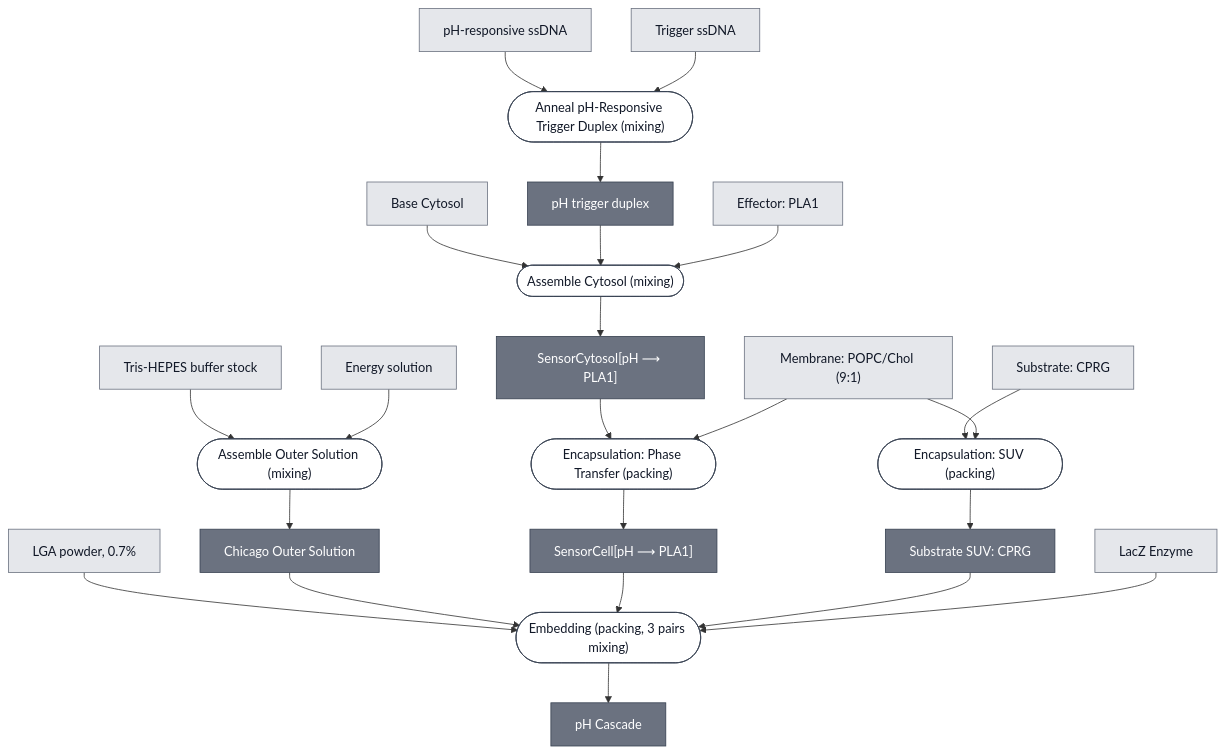
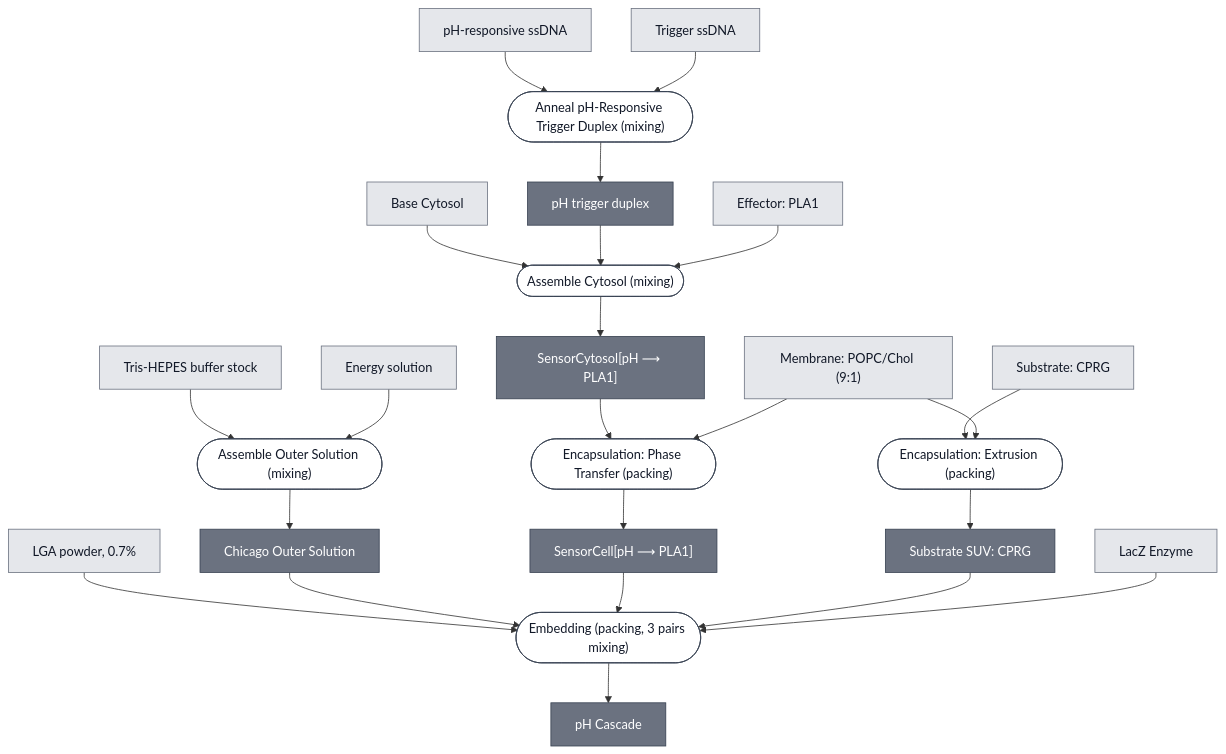
Before and after one commit to nucleus-eng/nucleus-docs: the diagram in docs/modules/ph-cascade/spec.md, drawn with Mermaid. The commit also changed other lines of this file and 50 other files, not shown here.

````diff
--- a/docs/modules/ph-cascade/spec.md
+++ b/docs/modules/ph-cascade/spec.md
@@ -35,81 +35,81 @@
 ```mermaid
 flowchart TD
     BASE_CYTOSOL["Base Cytosol"]
     PH_RESPONSIVE_SSDNA["pH-responsive ssDNA"]
     TRIGGER_SSDNA["Trigger ssDNA"]
     EFFECTOR_PLA1["Effector: PLA1"]
     MEMBRANE_CHICAGO["Membrane: POPC/Chol (9:1)"]
     SUBSTRATE_CPRG["Substrate: CPRG"]
     REPORTER_LACZ_ENZYME["LacZ Enzyme"]
     LGA_POWDER["LGA powder, 0.7%"]
     TRIS_HEPES_STOCK["Tris-HEPES buffer stock"]
     ENERGY_SOLUTION["Energy solution"]
 
     P1_ASSEMBLE_OUTER_SOLUTION_0(["Assemble Outer Solution (mixing)"])
     OUTER_SOLUTION_CHICAGO["Chicago Outer Solution"]
     P2_ANNEAL_TRIGGER_DUPLEX_0(["Anneal pH-Responsive Trigger Duplex (mixing)"])
     PH_TRIGGER_DUPLEX["pH trigger duplex"]
     P3_ASSEMBLE_CYTOSOL_0(["Assemble Cytosol (mixing)"])
     PH_SENSOR_CYTOSOL["SensorCytosol[pH ⟶ PLA1]"]
     P4_ENCAPSULATE_0(["Encapsulation: Phase Transfer (packing)"])
     PH_SENSING_CELL["SensorCell[pH ⟶ PLA1]"]
-    P5_ENCAPSULATE_SUBSTRATE_SUV_0(["Encapsulation: SUV (packing)"])
+    P5_ENCAPSULATE_SUBSTRATE_SUV_0(["Encapsulation: Extrusion (packing)"])
     SUBSTRATE_CPRG_SUV["Substrate SUV: CPRG"]
     P6_EMBED_AGAROSE_0(["Embedding (packing, 3 pairs mixing)"])
     PH_CASCADE["pH Cascade"]
 
     TRIS_HEPES_STOCK --> P1_ASSEMBLE_OUTER_SOLUTION_0
     ENERGY_SOLUTION --> P1_ASSEMBLE_OUTER_SOLUTION_0
     P1_ASSEMBLE_OUTER_SOLUTION_0 --> OUTER_SOLUTION_CHICAGO
 
     PH_RESPONSIVE_SSDNA --> P2_ANNEAL_TRIGGER_DUPLEX_0
     TRIGGER_SSDNA --> P2_ANNEAL_TRIGGER_DUPLEX_0
     P2_ANNEAL_TRIGGER_DUPLEX_0 --> PH_TRIGGER_DUPLEX
 
     BASE_CYTOSOL --> P3_ASSEMBLE_CYTOSOL_0
     PH_TRIGGER_DUPLEX --> P3_ASSEMBLE_CYTOSOL_0
     EFFECTOR_PLA1 --> P3_ASSEMBLE_CYTOSOL_0
     P3_ASSEMBLE_CYTOSOL_0 --> PH_SENSOR_CYTOSOL
 
     PH_SENSOR_CYTOSOL --> P4_ENCAPSULATE_0
     MEMBRANE_CHICAGO --> P4_ENCAPSULATE_0
     P4_ENCAPSULATE_0 --> PH_SENSING_CELL
 
     SUBSTRATE_CPRG --> P5_ENCAPSULATE_SUBSTRATE_SUV_0
     MEMBRANE_CHICAGO --> P5_ENCAPSULATE_SUBSTRATE_SUV_0
     P5_ENCAPSULATE_SUBSTRATE_SUV_0 --> SUBSTRATE_CPRG_SUV
 
     LGA_POWDER --> P6_EMBED_AGAROSE_0
     OUTER_SOLUTION_CHICAGO --> P6_EMBED_AGAROSE_0
     PH_SENSING_CELL --> P6_EMBED_AGAROSE_0
     SUBSTRATE_CPRG_SUV --> P6_EMBED_AGAROSE_0
     REPORTER_LACZ_ENZYME --> P6_EMBED_AGAROSE_0
     P6_EMBED_AGAROSE_0 --> PH_CASCADE
 
 
     classDef leaf     fill:#e5e7eb,stroke:#6b7280,color:#111827;
     classDef composed fill:#6b7280,stroke:#374151,color:#ffffff;
     classDef process  fill:#ffffff,stroke:#374151,color:#111827;
     class BASE_CYTOSOL,PH_RESPONSIVE_SSDNA,TRIGGER_SSDNA,EFFECTOR_PLA1,MEMBRANE_CHICAGO,SUBSTRATE_CPRG,REPORTER_LACZ_ENZYME,LGA_POWDER,TRIS_HEPES_STOCK,ENERGY_SOLUTION leaf;
     class OUTER_SOLUTION_CHICAGO,PH_TRIGGER_DUPLEX,PH_SENSOR_CYTOSOL,PH_SENSING_CELL,SUBSTRATE_CPRG_SUV,PH_CASCADE composed;
     class P1_ASSEMBLE_OUTER_SOLUTION_0,P2_ANNEAL_TRIGGER_DUPLEX_0,P3_ASSEMBLE_CYTOSOL_0,P4_ENCAPSULATE_0,P5_ENCAPSULATE_SUBSTRATE_SUV_0,P6_EMBED_AGAROSE_0 process;
 
     click BASE_CYTOSOL "/docs/modules/base-cytosol/spec"
     click EFFECTOR_PLA1 "/docs/modules/effector-pla1/spec"
     click MEMBRANE_CHICAGO "/docs/modules/membrane-popc-chol-chicago/spec"
     click SUBSTRATE_CPRG "/docs/modules/substrate-cprg/spec"
     click REPORTER_LACZ_ENZYME "/docs/modules/reporter-lacz-enzyme/spec"
     click LGA_POWDER "/docs/modules/gel-lga/spec"
     click P1_ASSEMBLE_OUTER_SOLUTION_0 "/docs/processes/assemble-outer-solution/main"
     click OUTER_SOLUTION_CHICAGO "/docs/modules/outer-solution-chicago/spec"
     click P2_ANNEAL_TRIGGER_DUPLEX_0 "/docs/processes/anneal-ph-trigger-duplex/main"
     click PH_TRIGGER_DUPLEX "/docs/modules/detector-ph/spec"
     click P3_ASSEMBLE_CYTOSOL_0 "/docs/processes/assemble-cytosol/assemble-cytosol-main"
     click PH_SENSOR_CYTOSOL "/docs/modules/ph-sensor-cytosol/spec"
     click P4_ENCAPSULATE_0 "/docs/processes/assemble-base-cell/main"
     click PH_SENSING_CELL "/docs/modules/ph-sensing-cell/spec"
     click P5_ENCAPSULATE_SUBSTRATE_SUV_0 "/docs/processes/encapsulate-suv/main"
     click SUBSTRATE_CPRG_SUV "/docs/modules/substrate-cprg-suv/spec"
     click P6_EMBED_AGAROSE_0 "/docs/processes/embed-hydrogel/main"
     click PH_CASCADE "/docs/modules/ph-cascade/spec"
 ```
````
